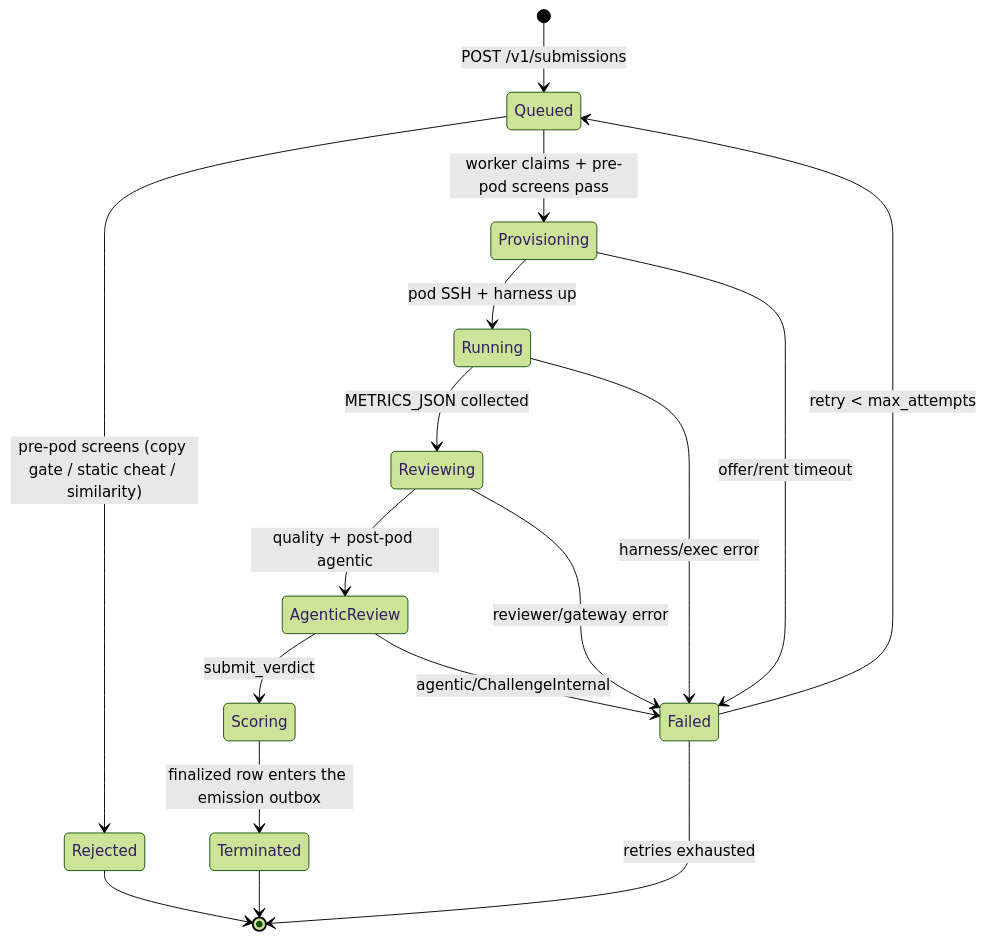
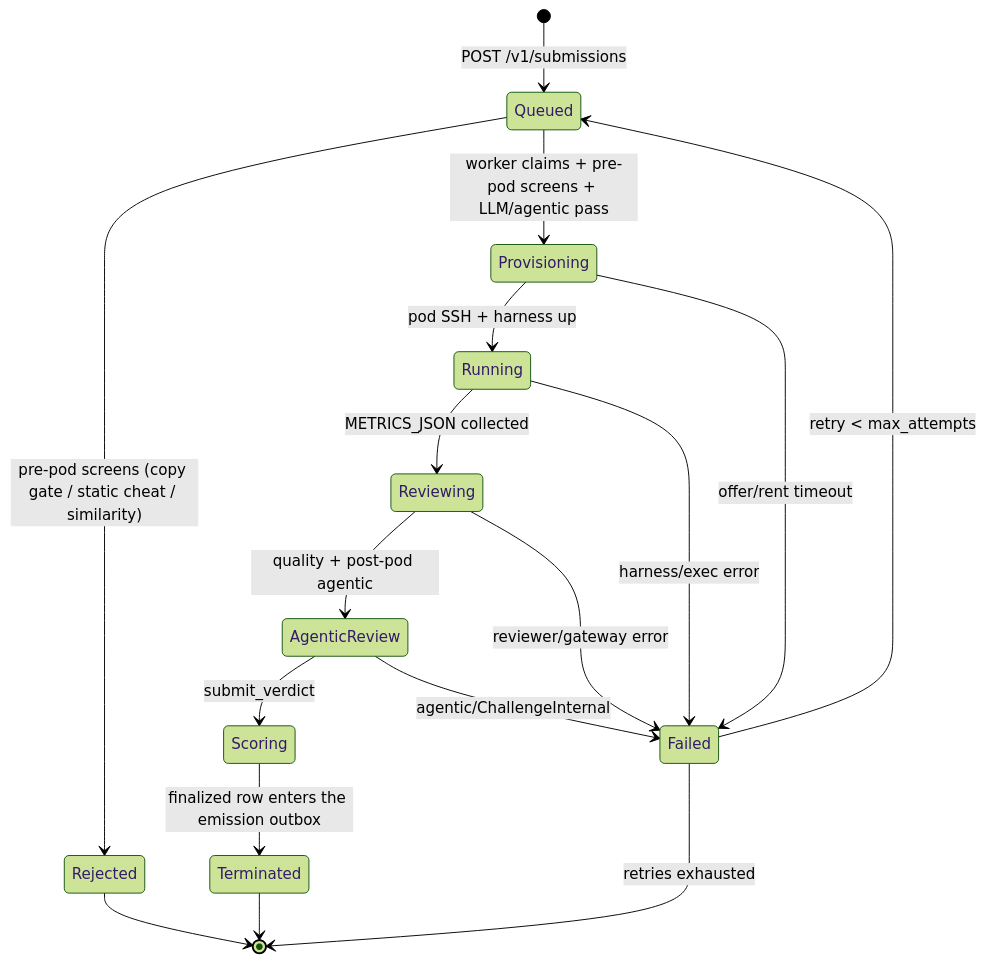
The diagram in docs/PRISM.md (BaseIntelligence/base), drawn with Mermaid (forest theme) before and after one commit. The commit also changed other lines of this file and 14 other files, not shown here.

````diff
--- a/docs/PRISM.md
+++ b/docs/PRISM.md
@@ -55,19 +55,19 @@
 ```mermaid
 stateDiagram-v2
     [*] --> Queued: POST /v1/submissions
     Queued --> Rejected: pre-pod screens (copy gate / static cheat / similarity)
-    Queued --> Provisioning: worker claims + pre-pod screens pass
+    Queued --> Provisioning: worker claims + pre-pod screens + LLM/agentic pass
     Provisioning --> Running: pod SSH + harness up
     Running --> Reviewing: METRICS_JSON collected
     Reviewing --> AgenticReview: quality + post-pod agentic
     AgenticReview --> Scoring: submit_verdict
     Scoring --> Terminated: finalized row enters the emission outbox
     Provisioning --> Failed: offer/rent timeout
     Running --> Failed: harness/exec error
     Reviewing --> Failed: reviewer/gateway error
     AgenticReview --> Failed: agentic/ChallengeInternal
     Failed --> Queued: retry < max_attempts
     Failed --> [*]: retries exhausted
     Rejected --> [*]
     Terminated --> [*]
 ```
````
